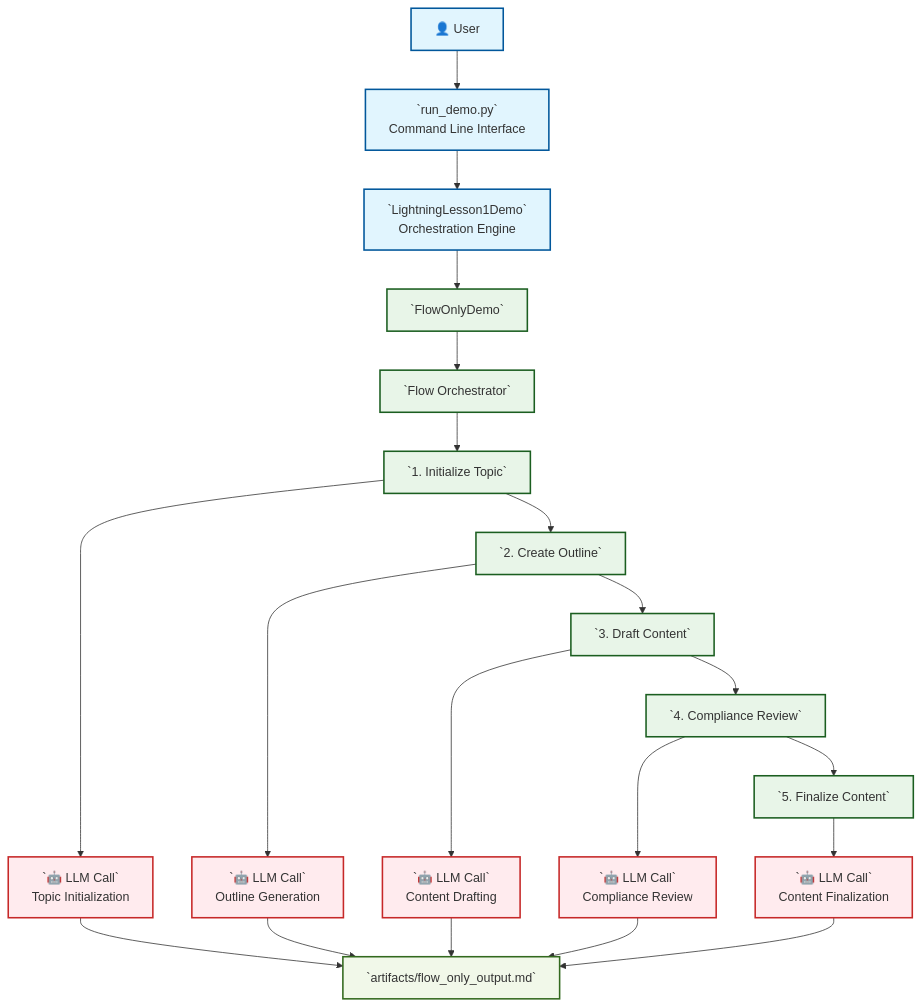
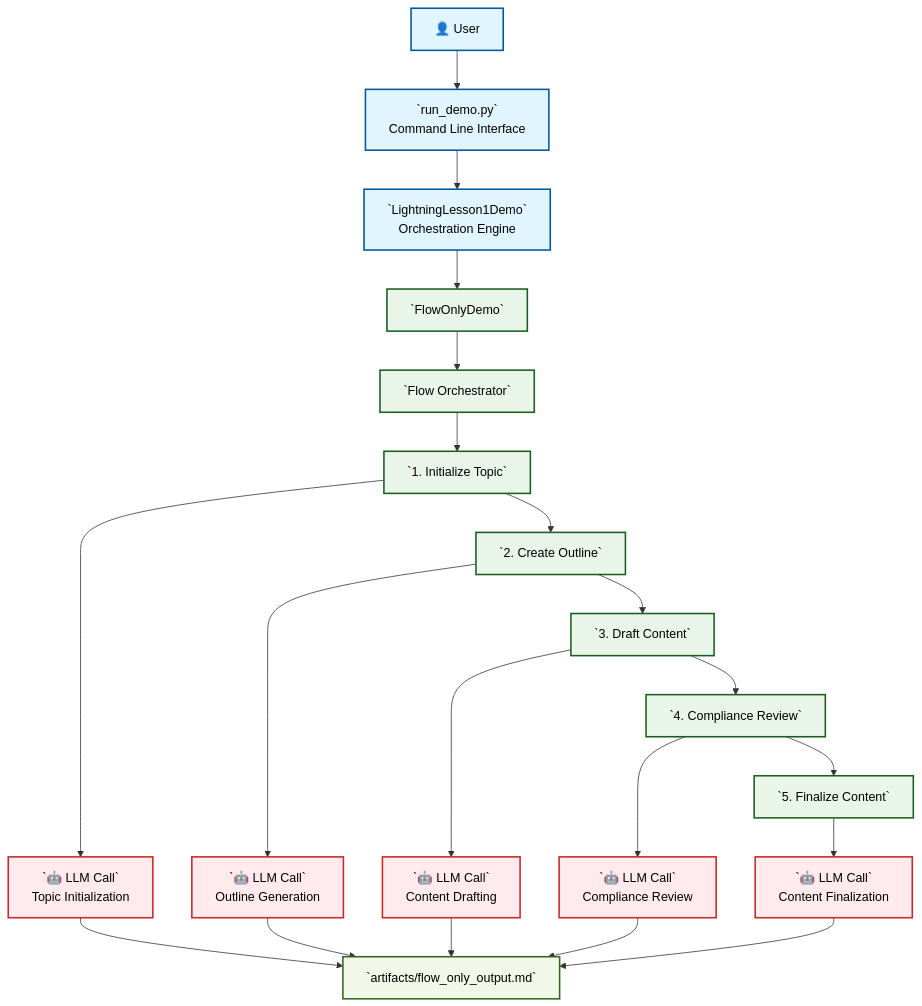
The second of 3 diagrams in LL1/README.md (synaptic-ai-consulting/crewai-LL-series), drawn with Mermaid before and after one commit. The commit also changed other lines of this file, not shown here.

Commit message:
updated architecture diagrams

````diff
--- a/LL1/README.md
+++ b/LL1/README.md
@@ -72,42 +72,42 @@
 ```mermaid
 graph TB
     %% User Interaction
     User[👤 User] --> CLI[`run_demo.py`<br/>Command Line Interface]
     CLI --> DemoRunner[`LightningLesson1Demo`<br/>Orchestration Engine]
     
     %% Flow-Only Path
     DemoRunner --> FlowDemo[`FlowOnlyDemo`]
     FlowDemo --> FlowOrchestrator[`Flow Orchestrator`]
     
     %% Sequential Steps
     FlowOrchestrator --> Step1[`1. Initialize Topic`]
     Step1 --> Step2[`2. Create Outline`]
     Step2 --> Step3[`3. Draft Content`]
     Step3 --> Step4[`4. Compliance Review`]
     Step4 --> Step5[`5. Finalize Content`]
     
     %% LLM Calls for Each Step
     Step1 --> LLM1[`🤖 LLM Call`<br/>Topic Initialization]
     Step2 --> LLM2[`🤖 LLM Call`<br/>Outline Generation]
     Step3 --> LLM3[`🤖 LLM Call`<br/>Content Drafting]
     Step4 --> LLM4[`🤖 LLM Call`<br/>Compliance Review]
     Step5 --> LLM5[`🤖 LLM Call`<br/>Content Finalization]
     
     %% Output
     LLM1 --> FlowOutput[`artifacts/flow_only_output.md`]
     LLM2 --> FlowOutput
     LLM3 --> FlowOutput
     LLM4 --> FlowOutput
     LLM5 --> FlowOutput
     
     %% Styling
-    classDef userClass fill:#e1f5fe,stroke:#01579b,stroke-width:2px
-    classDef flowClass fill:#e8f5e8,stroke:#1b5e20,stroke-width:2px
-    classDef llmClass fill:#ffebee,stroke:#c62828,stroke-width:2px
-    classDef outputClass fill:#f1f8e9,stroke:#33691e,stroke-width:2px
+    classDef userClass fill:#e1f5fe,stroke:#01579b,stroke-width:2px,color:#000
+    classDef flowClass fill:#e8f5e8,stroke:#1b5e20,stroke-width:2px,color:#000
+    classDef llmClass fill:#ffebee,stroke:#c62828,stroke-width:2px,color:#000
+    classDef outputClass fill:#f1f8e9,stroke:#33691e,stroke-width:2px,color:#000
     
     class User,CLI,DemoRunner userClass
     class FlowDemo,FlowOrchestrator,Step1,Step2,Step3,Step4,Step5 flowClass
     class LLM1,LLM2,LLM3,LLM4,LLM5 llmClass
     class FlowOutput outputClass
 ```
````
